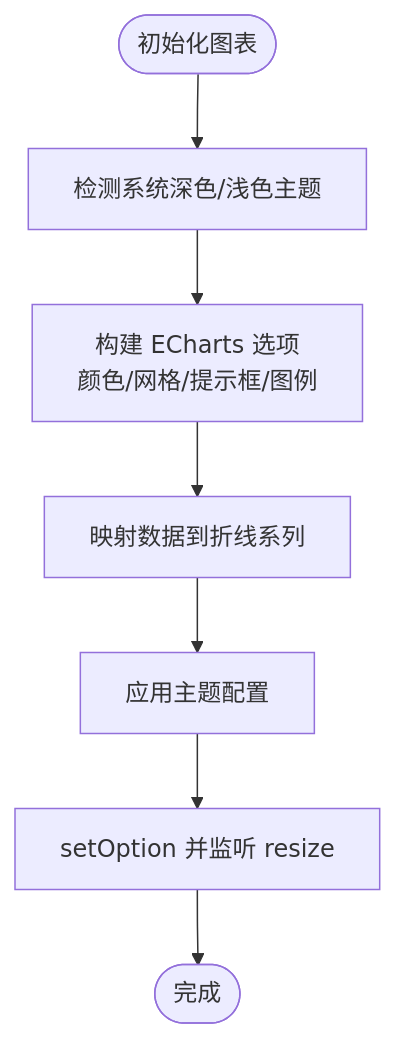
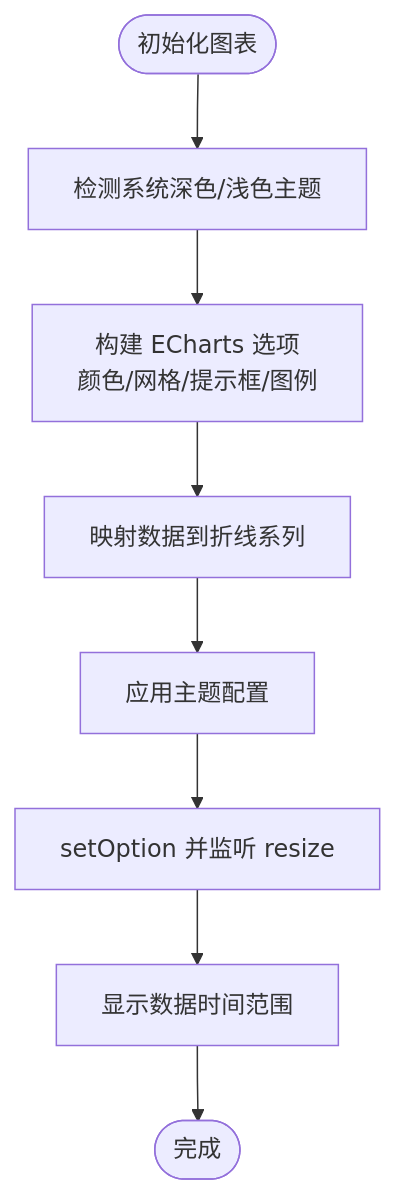
Before and after one commit to RadiumAg/AIGate: the fifth of 10 diagrams in .qoder/repowiki/zh/content/监控与分析/仪表板组件.md, drawn with Mermaid. The commit also changed other lines of this file and 8 other files, not shown here.

````diff
--- a/.qoder/repowiki/zh/content/监控与分析/仪表板组件.md
+++ b/.qoder/repowiki/zh/content/监控与分析/仪表板组件.md
@@ -175,9 +227,10 @@
 ```mermaid
 flowchart TD
 Init(["初始化图表"]) --> ThemeDetect["检测系统深色/浅色主题"]
 ThemeDetect --> BuildOptions["构建 ECharts 选项<br/>颜色/网格/提示框/图例"]
 BuildOptions --> SetData["映射数据到折线系列"]
 SetData --> ApplyTheme["应用主题配置"]
 ApplyTheme --> Render["setOption 并监听 resize"]
-Render --> End(["完成"])
+Render --> ShowPeriod["显示数据时间范围"]
+ShowPeriod --> End(["完成"])
 ```
````
